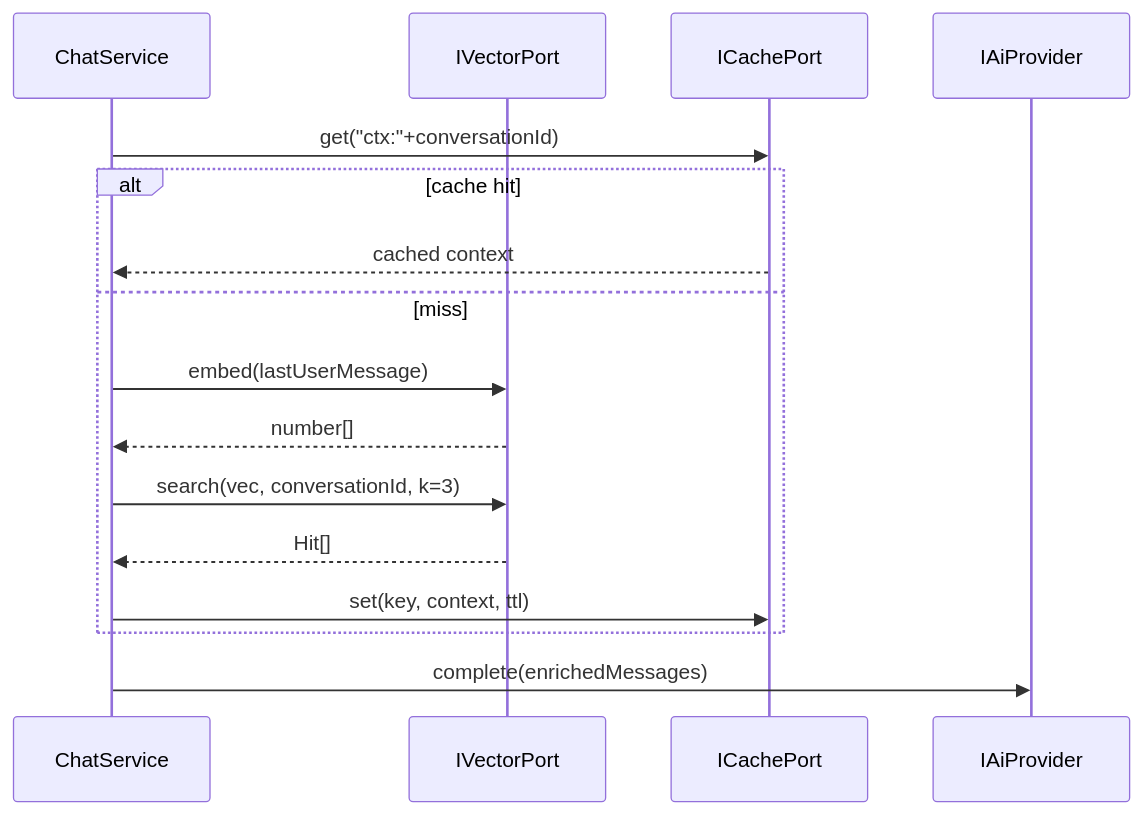
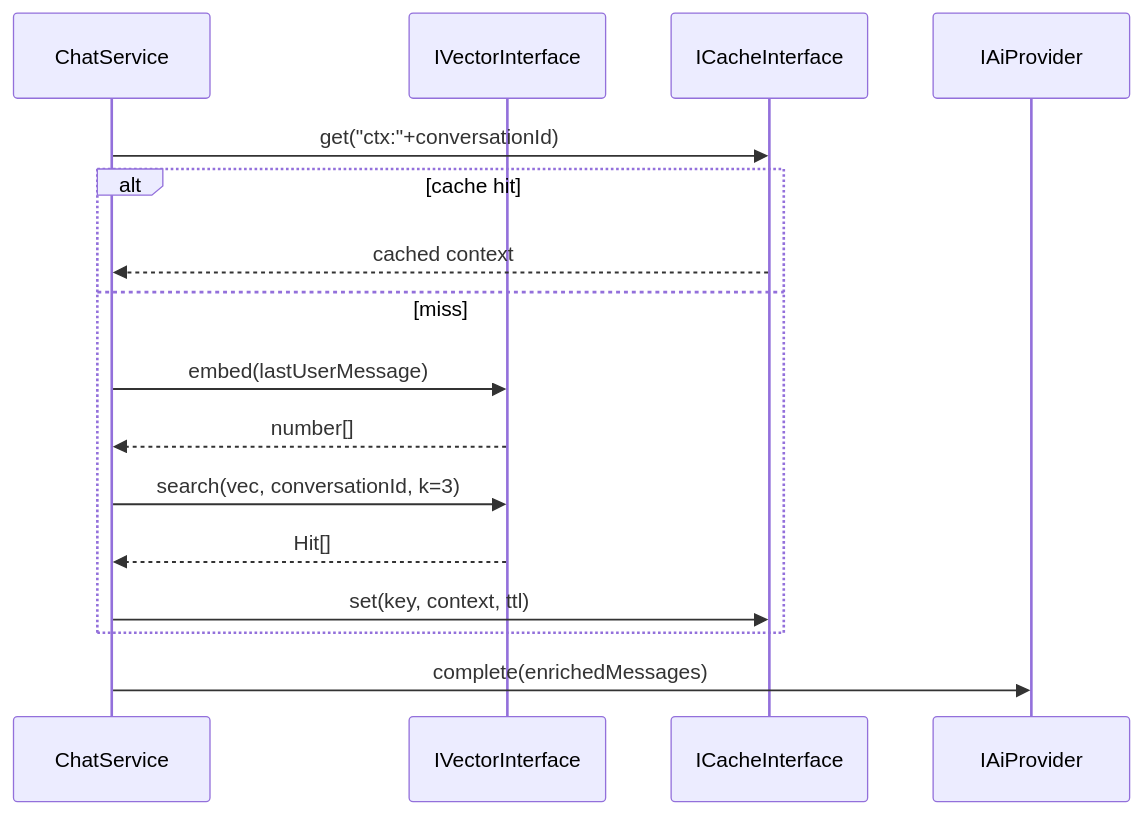
One commit to Glitch-guy0/chaiGPT changed the sixth of 6 diagrams in _bmad-output/planning-artifacts/03-sequence.md. Above: the diagram before and after it, drawn with Mermaid. The commit also changed other lines of this file and 7 other files, not shown here.

Commit message:
checking uml diagrams

````diff
--- a/_bmad-output/planning-artifacts/03-sequence.md
+++ b/_bmad-output/planning-artifacts/03-sequence.md
@@ -140,19 +160,19 @@
 ```mermaid
 sequenceDiagram
     participant S as ChatService
-    participant VEC as IVectorPort
-    participant CACHE as ICachePort
+    participant VEC as IVectorInterface
+    participant CACHE as ICacheInterface
     participant AI as IAiProvider
 
     S->>CACHE: get("ctx:"+conversationId)
     alt cache hit
         CACHE-->>S: cached context
     else miss
         S->>VEC: embed(lastUserMessage)
         VEC-->>S: number[]
         S->>VEC: search(vec, conversationId, k=3)
         VEC-->>S: Hit[]
         S->>CACHE: set(key, context, ttl)
     end
     S->>AI: complete(enrichedMessages)
 ```
````
